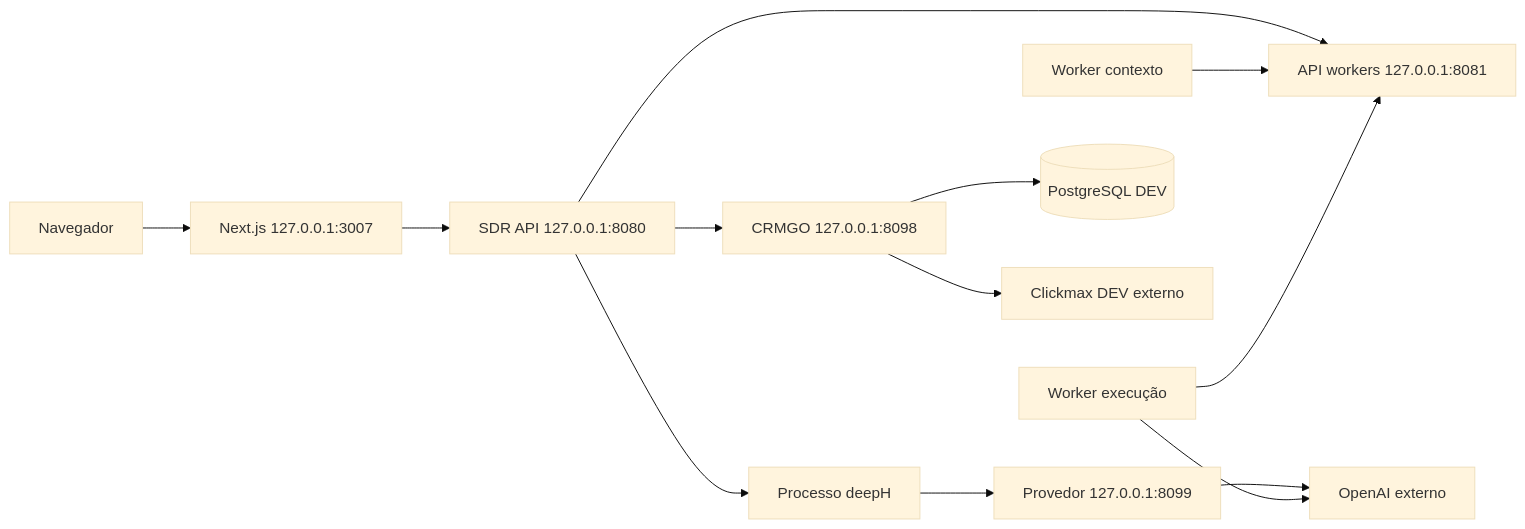
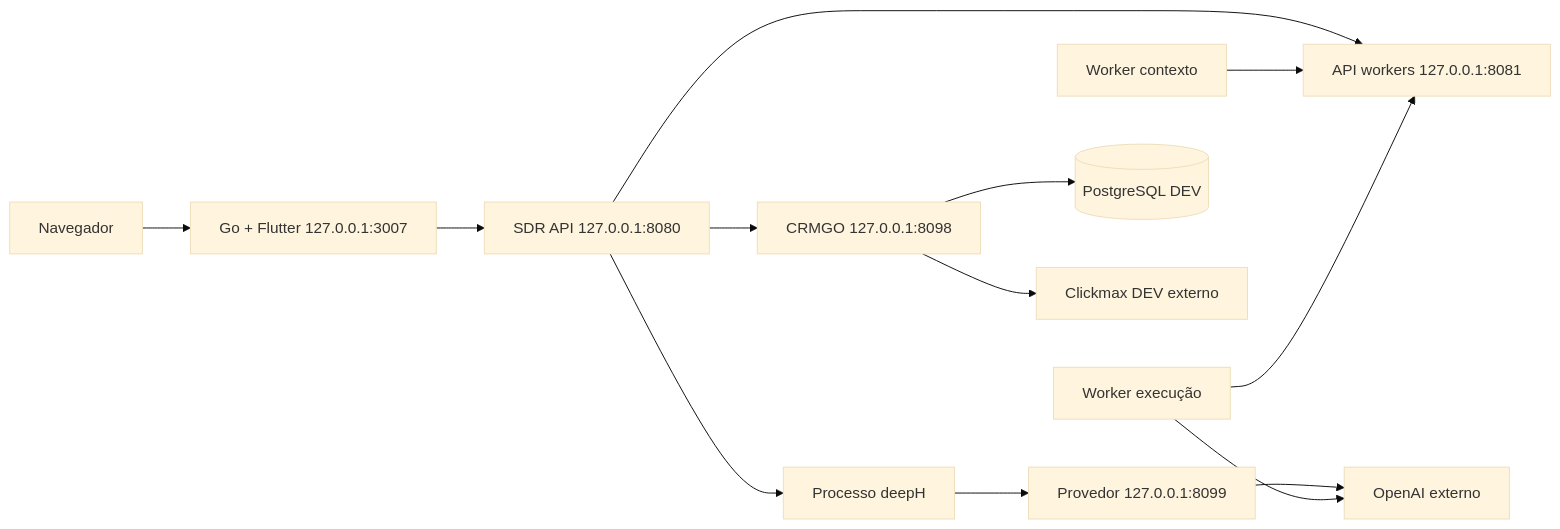
Before and after one commit to tom-lisboa/ArkomGO: the diagram in docs/mermaid/06-runtime-local.mmd, drawn with Mermaid (base theme). The commit also changed 614 other files, not shown here.

Commit message:
Replace Next platform with Flutter and Go navigation

```diff
--- a/docs/mermaid/06-runtime-local.mmd
+++ b/docs/mermaid/06-runtime-local.mmd
@@ -1,13 +1,13 @@
 flowchart LR
-    Navegador[Navegador] --> Portal[Next.js 127.0.0.1:3007]
+    Navegador[Navegador] --> Portal[Go + Flutter 127.0.0.1:3007]
     Portal --> API[SDR API 127.0.0.1:8080]
     API --> Listener[API workers 127.0.0.1:8081]
     Contexto[Worker contexto] --> Listener
     Execucao[Worker execução] --> Listener
     API --> CRM[CRMGO 127.0.0.1:8098]
     CRM --> DB[(PostgreSQL DEV)]
     CRM --> Clickmax[Clickmax DEV externo]
     API --> deepH[Processo deepH]
     deepH --> Provider[Provedor 127.0.0.1:8099]
     Provider --> OpenAI[OpenAI externo]
     Execucao --> OpenAI
```
